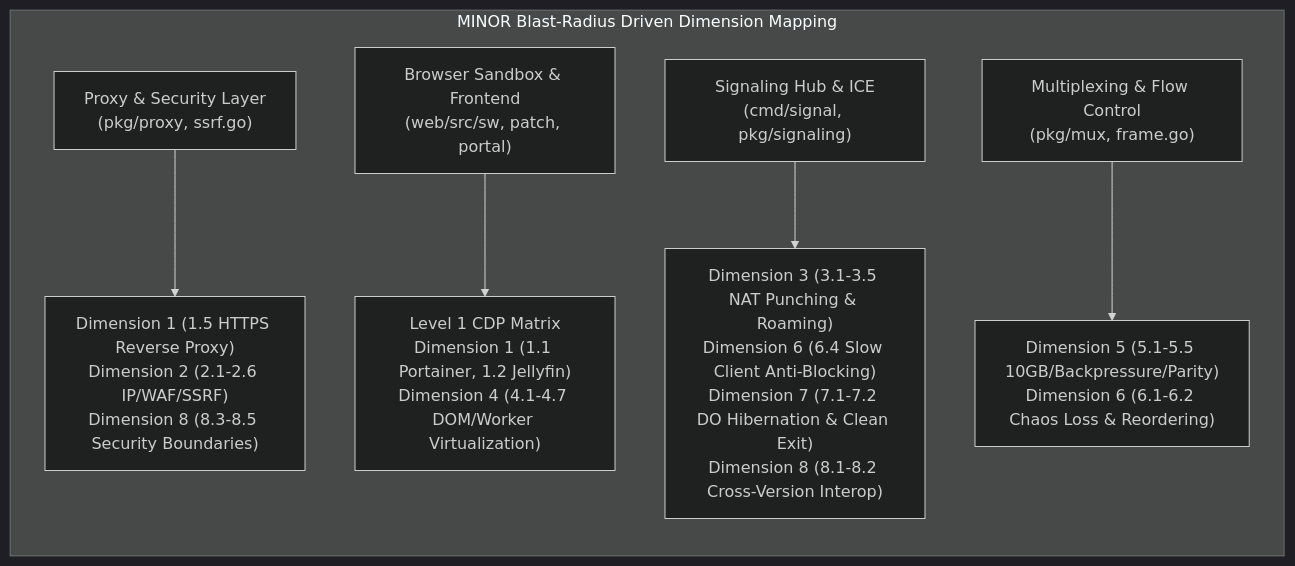
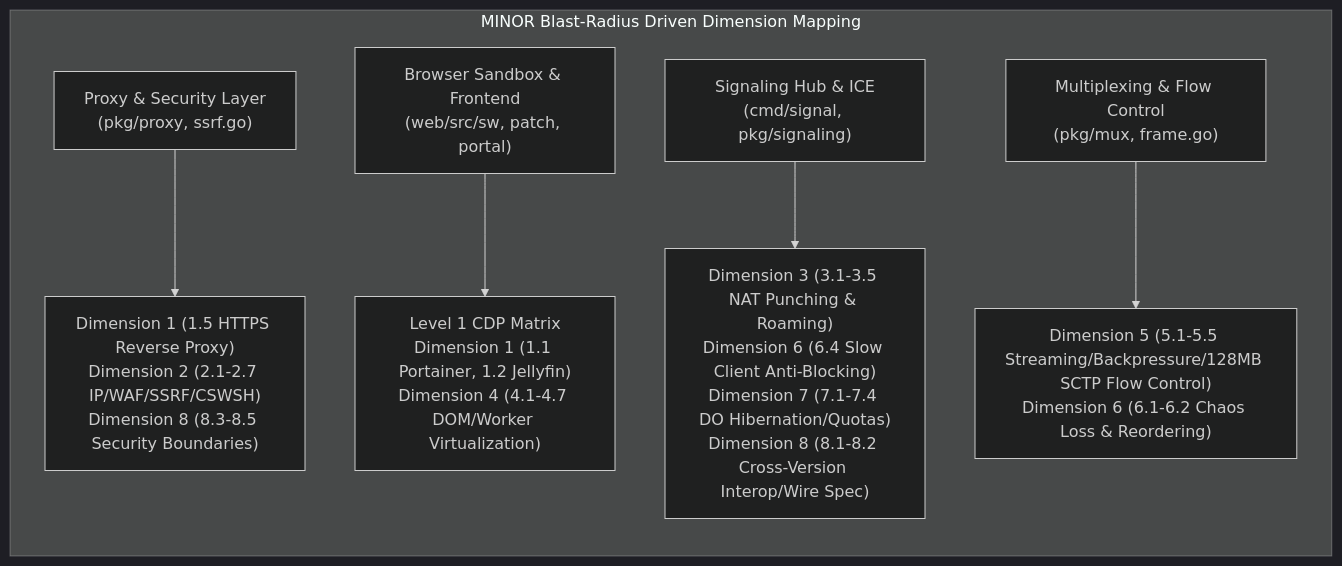
The second of 4 diagrams in docs/en/TESTING_CHECKLIST.md (BeingNoAbility/WebRTC-Gateway), drawn with Mermaid (dark theme) before and after one commit. The commit also changed other lines of this file and 8 other files, not shown here.

````diff
--- a/docs/en/TESTING_CHECKLIST.md
+++ b/docs/en/TESTING_CHECKLIST.md
@@ -37,9 +37,9 @@
 ```mermaid
 flowchart LR
     subgraph Blast_Radius_Mapping["MINOR Blast-Radius Driven Dimension Mapping"]
-        C1["Proxy & Security Layer<br/>(pkg/proxy, ssrf.go)"] --> R1["Dimension 1 (1.5 HTTPS Reverse Proxy)<br/>Dimension 2 (2.1-2.6 IP/WAF/SSRF)<br/>Dimension 8 (8.3-8.5 Security Boundaries)"]
+        C1["Proxy & Security Layer<br/>(pkg/proxy, ssrf.go)"] --> R1["Dimension 1 (1.5 HTTPS Reverse Proxy)<br/>Dimension 2 (2.1-2.7 IP/WAF/SSRF/CSWSH)<br/>Dimension 8 (8.3-8.5 Security Boundaries)"]
         C2["Browser Sandbox & Frontend<br/>(web/src/sw, patch, portal)"] --> R2["Level 1 CDP Matrix<br/>Dimension 1 (1.1 Portainer, 1.2 Jellyfin)<br/>Dimension 4 (4.1-4.7 DOM/Worker Virtualization)"]
-        C3["Signaling Hub & ICE<br/>(cmd/signal, pkg/signaling)"] --> R3["Dimension 3 (3.1-3.5 NAT Punching & Roaming)<br/>Dimension 6 (6.4 Slow Client Anti-Blocking)<br/>Dimension 7 (7.1-7.2 DO Hibernation & Clean Exit)<br/>Dimension 8 (8.1-8.2 Cross-Version Interop)"]
-        C4["Multiplexing & Flow Control<br/>(pkg/mux, frame.go)"] --> R4["Dimension 5 (5.1-5.5 10GB/Backpressure/Parity)<br/>Dimension 6 (6.1-6.2 Chaos Loss & Reordering)"]
+        C3["Signaling Hub & ICE<br/>(cmd/signal, pkg/signaling)"] --> R3["Dimension 3 (3.1-3.5 NAT Punching & Roaming)<br/>Dimension 6 (6.4 Slow Client Anti-Blocking)<br/>Dimension 7 (7.1-7.4 DO Hibernation/Quotas)<br/>Dimension 8 (8.1-8.2 Cross-Version Interop/Wire Spec)"]
+        C4["Multiplexing & Flow Control<br/>(pkg/mux, frame.go)"] --> R4["Dimension 5 (5.1-5.5 Streaming/Backpressure/128MB SCTP Flow Control)<br/>Dimension 6 (6.1-6.2 Chaos Loss & Reordering)"]
     end
 ```
````
